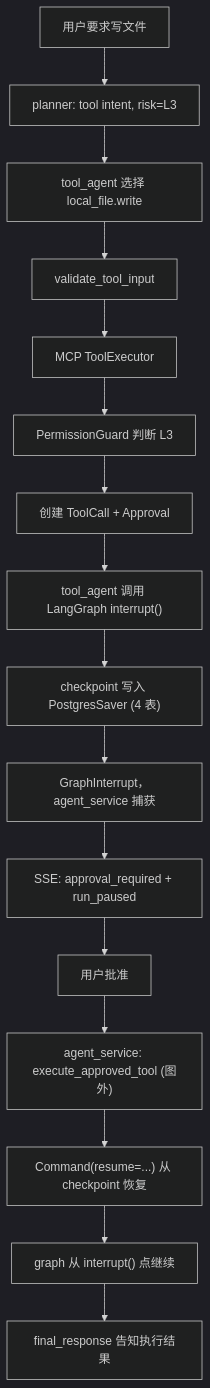
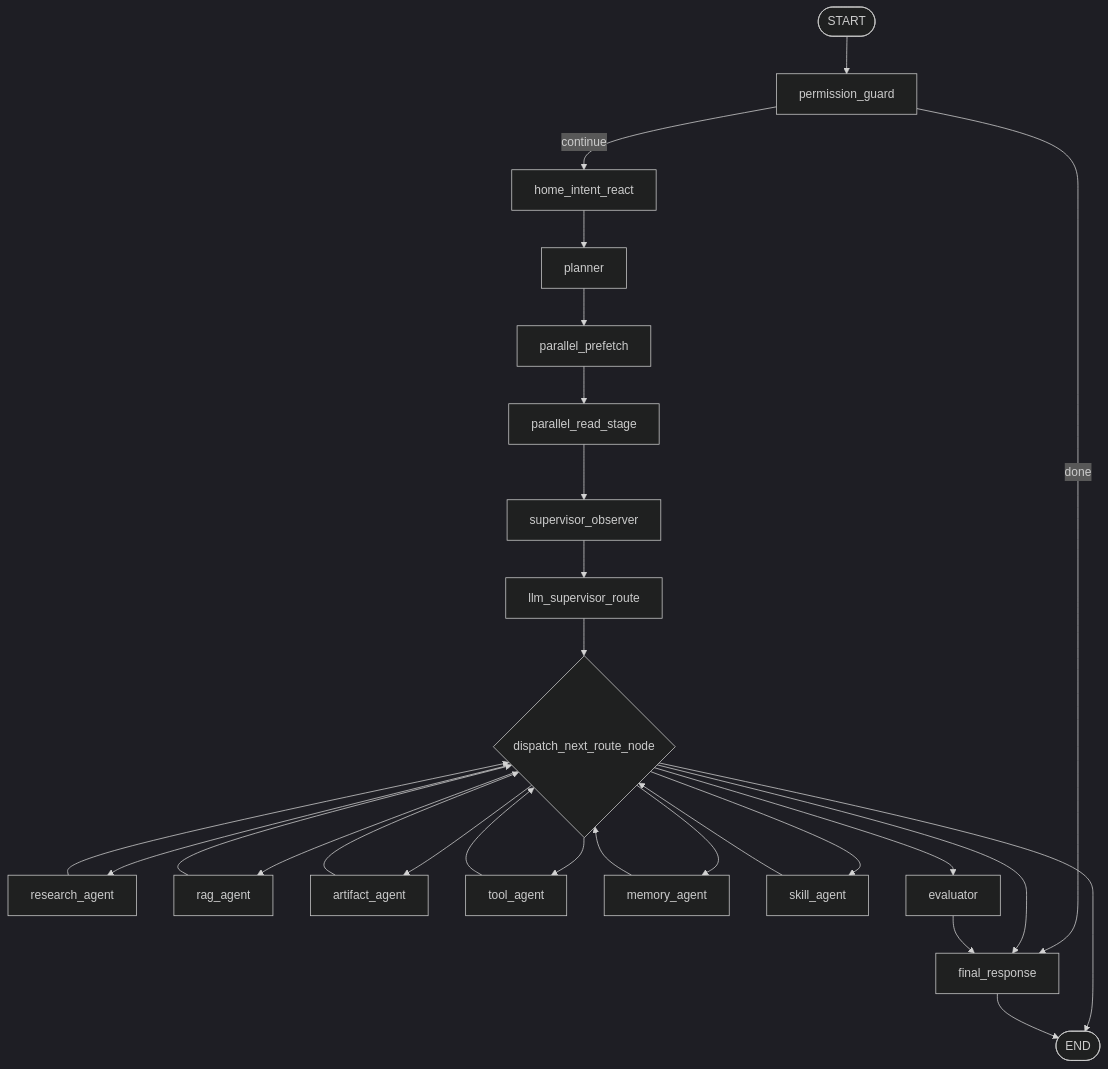
One commit to Ordish-cell/InsightGap-Agent changed the fifth of 27 diagrams in agent面试.md. Above: the diagram before and after it, drawn with Mermaid (dark theme). The commit also changed other lines of this file and 16 other files, not shown here.

````diff
--- a/agent面试.md
+++ b/agent面试.md
@@ -515,18 +383,31 @@
 ```mermaid
 flowchart TD
-    A["用户要求写文件"] --> B["planner: tool intent, risk=L3"]
-    B --> C["tool_agent 选择 local_file.write"]
-    C --> D["validate_tool_input"]
-    D --> E["MCP ToolExecutor"]
-    E --> F["PermissionGuard 判断 L3"]
-    F --> G["创建 ToolCall + Approval"]
-    G --> H["tool_agent 调用 LangGraph interrupt()"]
-    H --> I["checkpoint 写入 PostgresSaver (4 表)"]
-    I --> J["GraphInterrupt，agent_service 捕获"]
-    J --> K["SSE: approval_required + run_paused"]
-    K --> L["用户批准"]
-    L --> M["agent_service: execute_approved_tool (图外)"]
-    M --> N["Command(resume=...) 从 checkpoint 恢复"]
-    N --> O["graph 从 interrupt() 点继续"]
-    O --> P["final_response 告知执行结果"]
+    START(["START"]) --> PG["permission_guard"]
+    PG -->|continue| HIR["home_intent_react"]
+    PG -->|done| FR["final_response"]
+    HIR --> PL["planner"]
+    PL --> PF["parallel_prefetch"]
+    PF --> PRS["parallel_read_stage"]
+    PRS --> SO["supervisor_observer"]
+    SO --> LSR["llm_supervisor_route"]
+    LSR --> D{"dispatch_next_route_node"}
+
+    D --> RA["research_agent"]
+    D --> RG["rag_agent"]
+    D --> AA["artifact_agent"]
+    D --> TA["tool_agent"]
+    D --> MA["memory_agent"]
+    D --> SA["skill_agent"]
+    D --> EV["evaluator"]
+    D --> FR
+    D --> END(["END"])
+
+    RA --> D
+    RG --> D
+    AA --> D
+    TA --> D
+    MA --> D
+    SA --> D
+    EV --> FR
+    FR --> END
 ```
````
